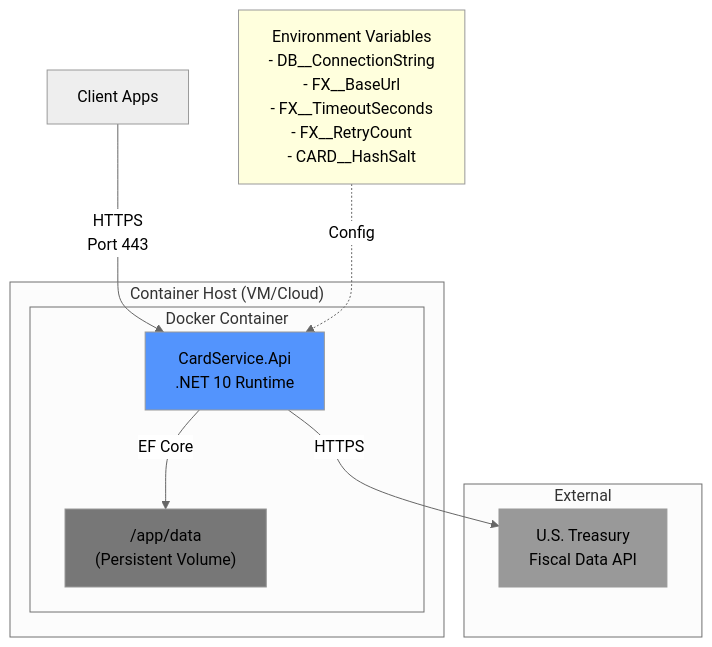
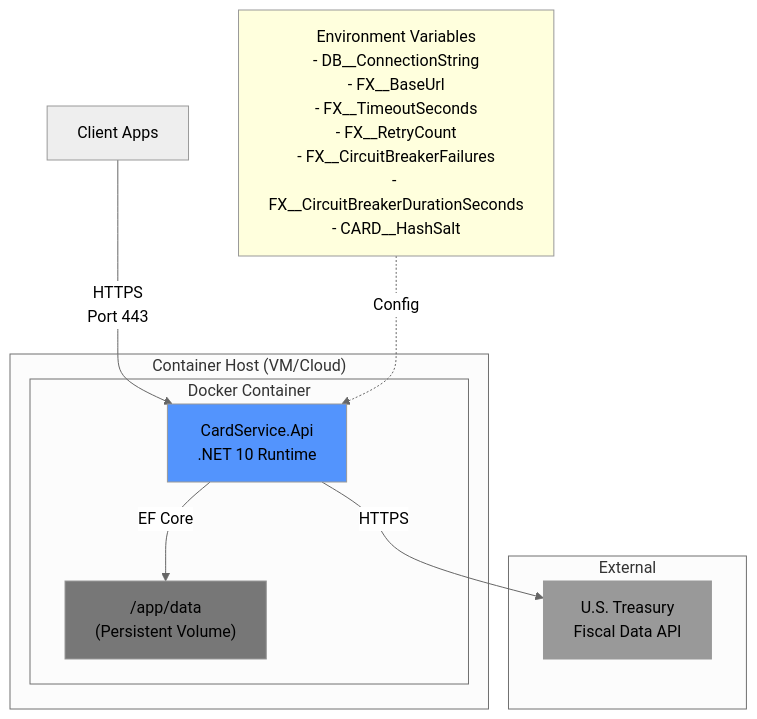
The second of 2 diagrams in docs/diagrams/04-deployment.md (timshel-debug/card-ledger), drawn with Mermaid (neutral theme) before and after one commit. The commit also changed other lines of this file and 31 other files, not shown here.

````diff
--- a/docs/diagrams/04-deployment.md
+++ b/docs/diagrams/04-deployment.md
@@ -37,24 +41,24 @@
 ```mermaid
 graph TB
     subgraph "Container Host (VM/Cloud)"
         subgraph "Docker Container"
             api["CardService.Api<br/>.NET 10 Runtime"]
             volume["/app/data<br/>(Persistent Volume)"]
             api -->|EF Core| volume
         end
     end
     
     subgraph "External"
         treasury["U.S. Treasury<br/>Fiscal Data API"]
     end
     
     client["Client Apps"] -->|HTTPS<br/>Port 443| api
     api -->|HTTPS| treasury
     
-    env["Environment Variables<br/>- DB__ConnectionString<br/>- FX__BaseUrl<br/>- FX__TimeoutSeconds<br/>- FX__RetryCount<br/>- CARD__HashSalt"] -.->|Config| api
+    env["Environment Variables<br/>- DB__ConnectionString<br/>- FX__BaseUrl<br/>- FX__TimeoutSeconds<br/>- FX__RetryCount<br/>- FX__CircuitBreakerFailures<br/>- FX__CircuitBreakerDurationSeconds<br/>- CARD__HashSalt"] -.->|Config| api
     
     style api fill:#5394fd
     style volume fill:#777
     style treasury fill:#999
     style env fill:#ffd
 ```
````
